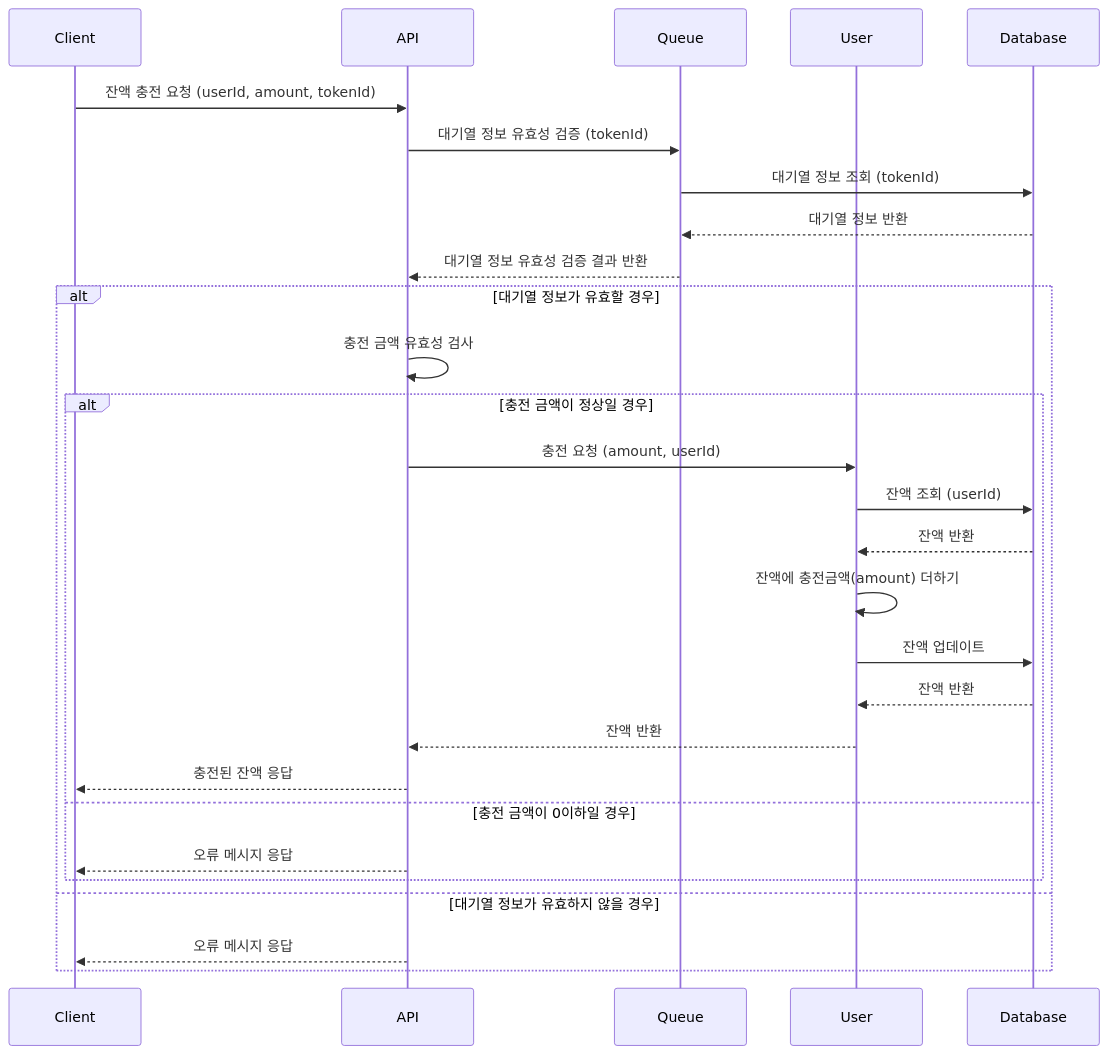
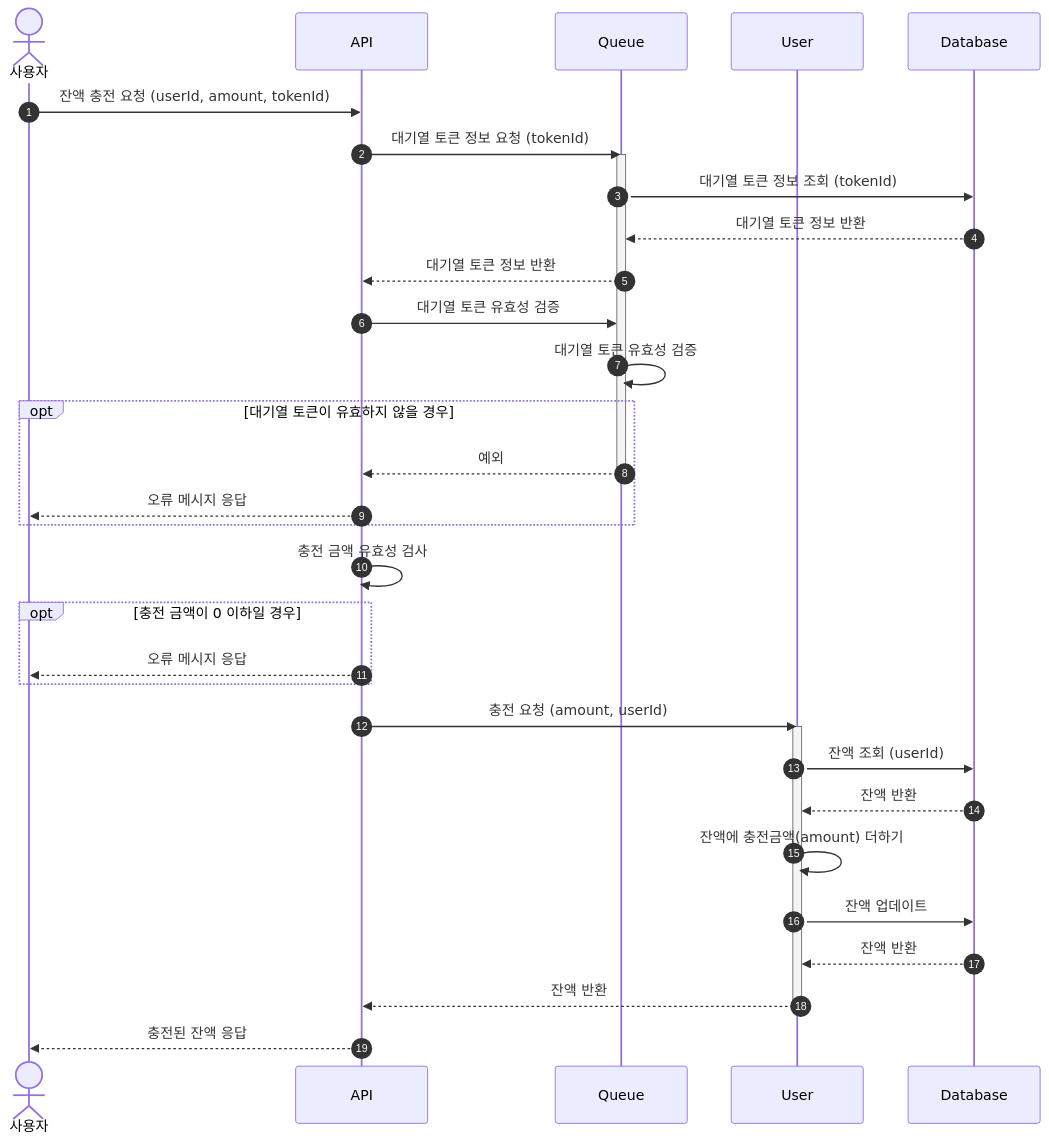
Before and after one commit to cocomongg/concert-reservation-system: the seventh of 8 diagrams in docs/SequenceDiagram.md, drawn with Mermaid. The commit also changed other lines of this file, not shown here.

Commit message:
fix: sequence diagram 수정

````diff
--- a/docs/SequenceDiagram.md
+++ b/docs/SequenceDiagram.md
@@ -189,32 +249,37 @@
 ```mermaid
 sequenceDiagram
-    participant Client
+    autonumber
+    Actor U as 사용자
     participant API
     participant Queue
     participant User
     participant Database
 
-    Client->>API: 잔액 충전 요청 (userId, amount, tokenId)
-    API->>Queue: 대기열 정보 유효성 검증 (tokenId)
-    Queue ->> Database: 대기열 정보 조회 (tokenId)
-    Database -->> Queue: 대기열 정보 반환
-    Queue -->> API: 대기열 정보 유효성 검증 결과 반환
-    alt 대기열 정보가 유효할 경우
-        API ->> API: 충전 금액 유효성 검사
-        alt 충전 금액이 정상일 경우
-            API ->> User: 충전 요청 (amount, userId)
-            User ->> Database: 잔액 조회 (userId)
-            Database -->> User: 잔액 반환
-            User ->> User: 잔액에 충전금액(amount) 더하기
-            User ->> Database: 잔액 업데이트
-            Database -->> User: 잔액 반환
-            User -->> API: 잔액 반환
-            API -->> Client: 충전된 잔액 응답
-        else 충전 금액이 0이하일 경우
-            API -->> Client: 오류 메시지 응답
-        end
-
-    else 대기열 정보가 유효하지 않을 경우
-        API -->> Client: 오류 메시지 응답
+    U->>API: 잔액 충전 요청 (userId, amount, tokenId)
+    API->>Queue: 대기열 토큰 정보 요청 (tokenId)
+    activate Queue
+    Queue ->> Database: 대기열 토큰 정보 조회 (tokenId)
+    Database -->> Queue: 대기열 토큰 정보 반환
+    Queue -->> API: 대기열 토큰 정보 반환
+    API ->> Queue: 대기열 토큰 유효성 검증
+    Queue ->> Queue: 대기열 토큰 유효성 검증
+    opt 대기열 토큰이 유효하지 않을 경우
+        Queue -->> API: 예외
+        deactivate Queue
+        API -->> U: 오류 메시지 응답
     end
+    API ->> API: 충전 금액 유효성 검사
+    opt 충전 금액이 0 이하일 경우
+        API -->> U: 오류 메시지 응답
+    end
+    API ->> User: 충전 요청 (amount, userId)
+    activate User
+    User ->> Database: 잔액 조회 (userId)
+    Database -->> User: 잔액 반환
+    User ->> User: 잔액에 충전금액(amount) 더하기
+    User ->> Database: 잔액 업데이트
+    Database -->> User: 잔액 반환
+    User -->> API: 잔액 반환
+    deactivate User
+    API -->> U: 충전된 잔액 응답
 ```
````
